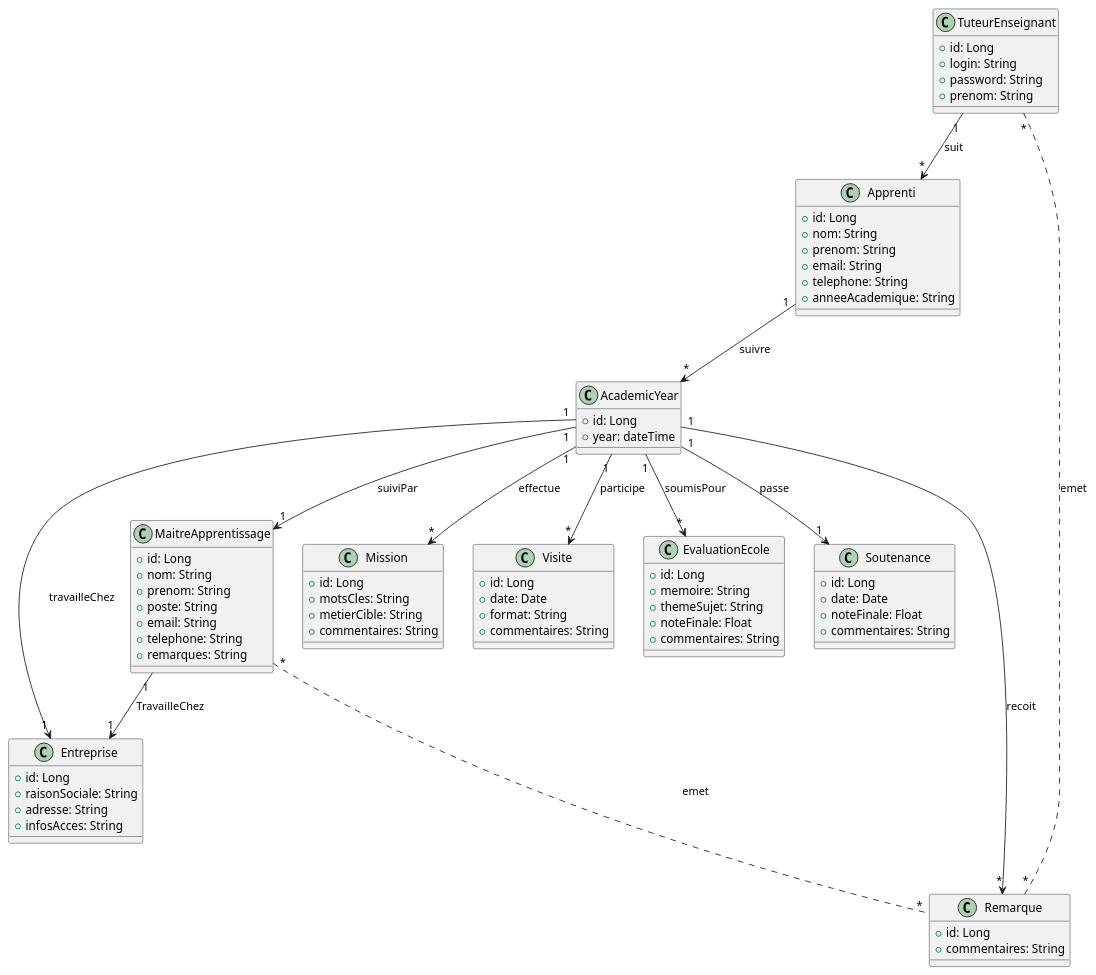
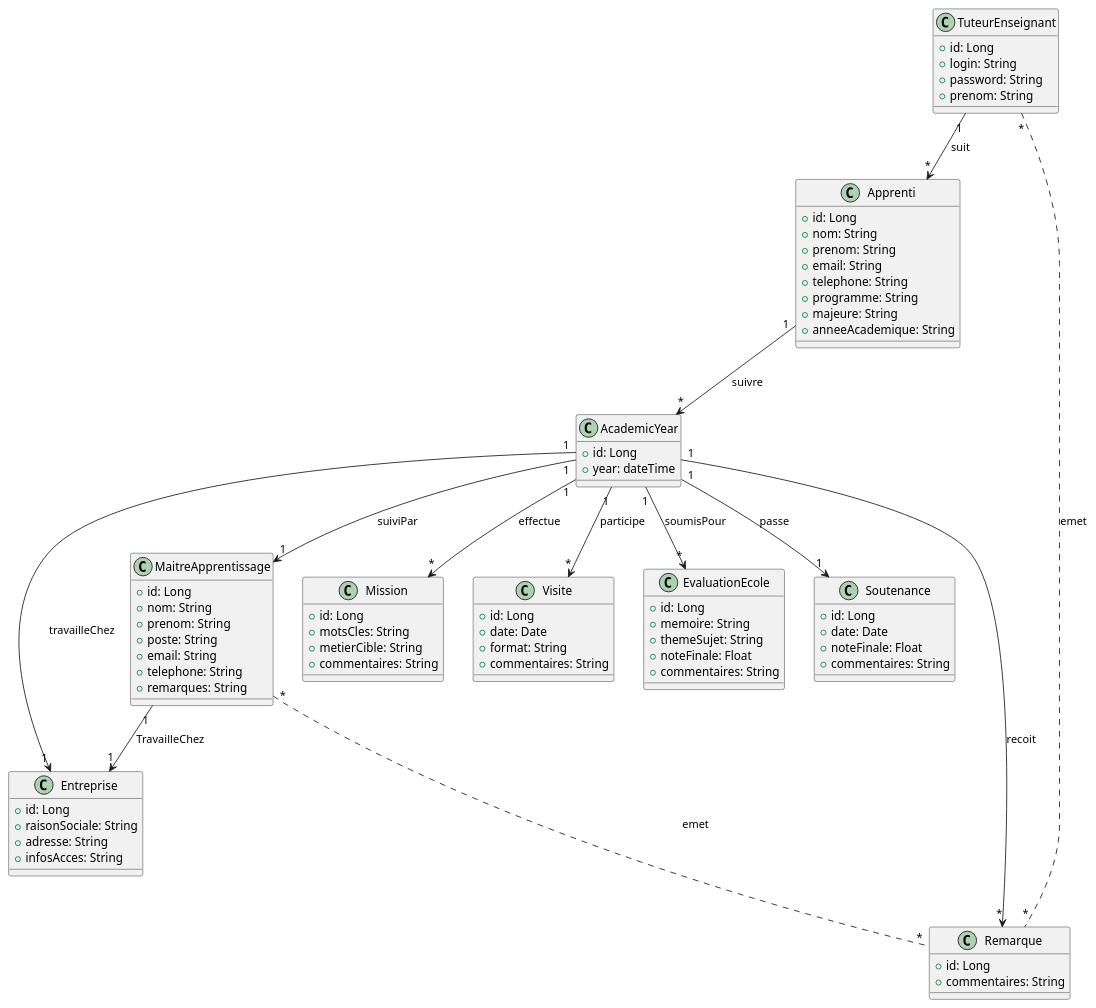
Before and after one commit to DurandAntonin/GoatTutorats: the diagram in modelisation/model.puml, drawn with PlantUML. The commit also changed 5 other files, not shown here.

```diff
--- a/modelisation/model.puml
+++ b/modelisation/model.puml
@@ -1,90 +1,92 @@
 @startuml modelisation
 ' Définition des classes principales
 class Apprenti {
     +id: Long
     +nom: String
     +prenom: String
     +email: String
     +telephone: String
+    +programme: String
+    +majeure: String
     +anneeAcademique: String
 }
 
 class Entreprise {
     +id: Long
     +raisonSociale: String
     +adresse: String
     +infosAcces: String
 }
 
 class AcademicYear {
     +id: Long
     +year: dateTime
 }
 
 class MaitreApprentissage {
     +id: Long
     +nom: String
     +prenom: String
     +poste: String
     +email: String
     +telephone: String
     +remarques: String
 }
 
 class Mission {
     +id: Long
     +motsCles: String
     +metierCible: String
     +commentaires: String
 }
 
 class Visite {
     +id: Long
     +date: Date
     +format: String
     +commentaires: String
 }
 
 class EvaluationEcole {
     +id: Long
     +memoire: String
     +themeSujet: String
     +noteFinale: Float
     +commentaires: String
 }
 
 class Soutenance {
     +id: Long
     +date: Date
     +noteFinale: Float
     +commentaires: String
 }
 
 class Remarque {
     +id: Long
     +commentaires: String
 }
 
 class TuteurEnseignant {
     +id: Long
     +login: String
     +password: String
     +prenom: String
 }
 
 
 ' Relations
 Apprenti "1" --> "*" AcademicYear: suivre
 AcademicYear "1" --> "1" Entreprise : travailleChez
 AcademicYear "1" --> "1" MaitreApprentissage : suiviPar
 AcademicYear "1" --> "*" Mission : effectue
 AcademicYear "1" --> "*" Visite : participe
 AcademicYear "1" --> "*" EvaluationEcole : soumisPour
 AcademicYear "1" --> "1" Soutenance : passe
 AcademicYear "1" --> "*" Remarque : recoit
 TuteurEnseignant "1" --> "*" Apprenti : suit
 TuteurEnseignant "*" ... "*" Remarque : emet
 MaitreApprentissage "*" ... "*" Remarque : emet
 MaitreApprentissage "1" --> "1" Entreprise : TravailleChez
 
 @enduml
```
